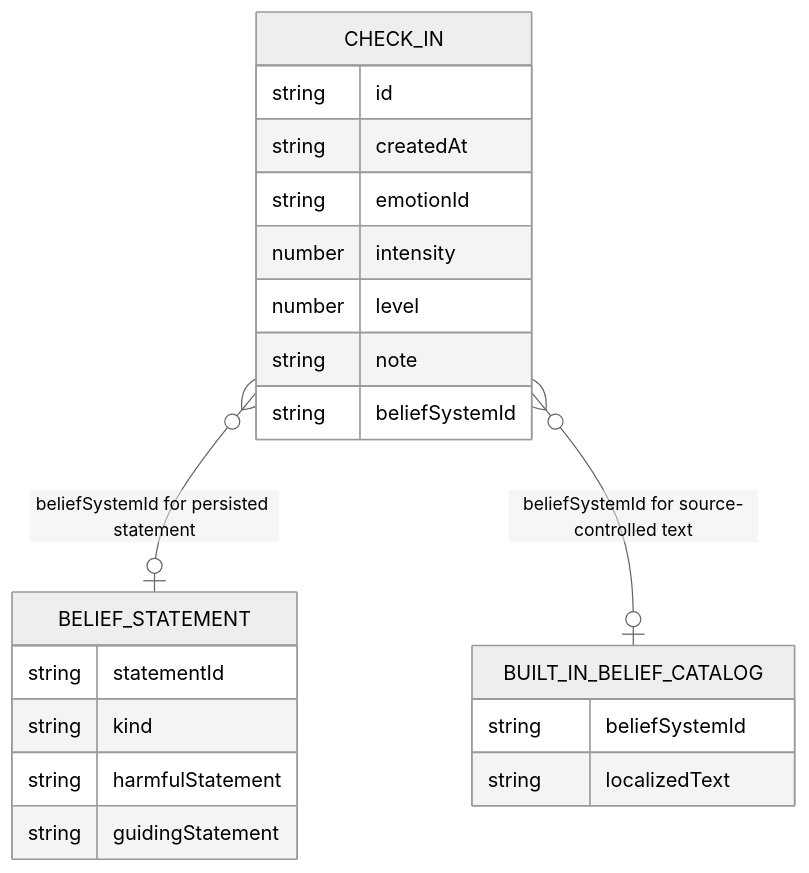
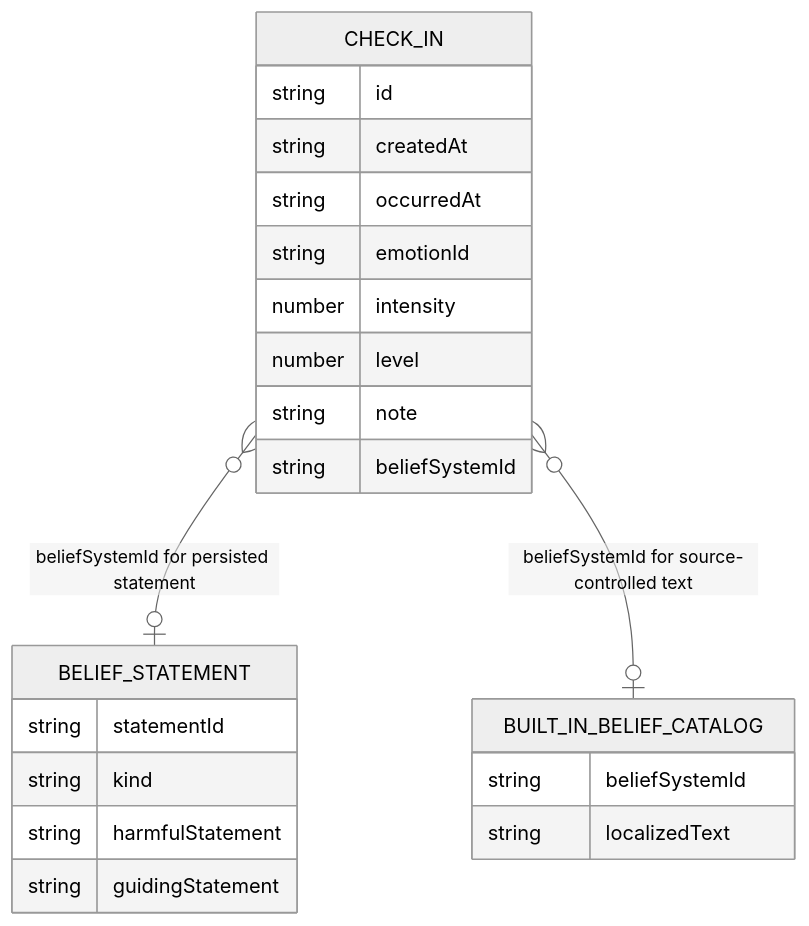
One commit to thorgas/Youmotion changed the diagram in DB.md. Above: the diagram before and after it, drawn with Mermaid (neutral theme). The commit also changed other lines of this file and 18 other files, not shown here.

````diff
--- a/DB.md
+++ b/DB.md
@@ -118,24 +122,25 @@
 ```mermaid
 erDiagram
     CHECK_IN }o--o| BELIEF_STATEMENT : "beliefSystemId for persisted statement"
     CHECK_IN }o--o| BUILT_IN_BELIEF_CATALOG : "beliefSystemId for source-controlled text"
     CHECK_IN {
         string id
         string createdAt
+        string occurredAt
         string emotionId
         number intensity
         number level
         string note
         string beliefSystemId
     }
     BELIEF_STATEMENT {
         string statementId
         string kind
         string harmfulStatement
         string guidingStatement
     }
     BUILT_IN_BELIEF_CATALOG {
         string beliefSystemId
         string localizedText
     }
 ```
````
